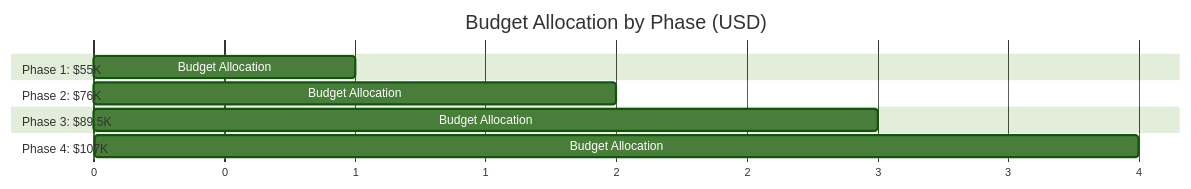
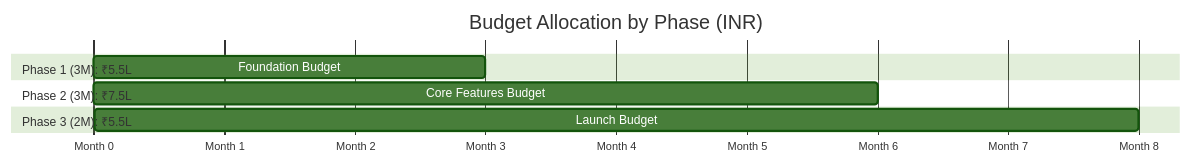
The eighth of 11 diagrams in 05-implementation-plan.md (health-tech-uhi/blueprint), drawn with Mermaid (forest theme) before and after one commit. The commit also changed other lines of this file and 1 other file, not shown here.

````diff
--- a/05-implementation-plan.md
+++ b/05-implementation-plan.md
@@ -744,18 +530,15 @@
 ```mermaid
 gantt
-    title Budget Allocation by Phase (USD)
+    title Budget Allocation by Phase (INR)
     dateFormat  X
-    axisFormat  %s
+    axisFormat  Month %s
     
-    section Phase 1: $55K
-    Budget Allocation    :55, 0, 1
+    section Phase 1 (3M): ₹5.5L
+    Foundation Budget    :5.5, 0, 3
     
-    section Phase 2: $76K
-    Budget Allocation    :76, 1, 2
+    section Phase 2 (3M): ₹7.5L
+    Core Features Budget :7.5, 3, 6
     
-    section Phase 3: $89.5K
-    Budget Allocation    :89, 2, 3
-    
-    section Phase 4: $107K
-    Budget Allocation    :107, 3, 4
+    section Phase 3 (2M): ₹5.5L
+    Launch Budget        :5.5, 6, 8
 ```
````
